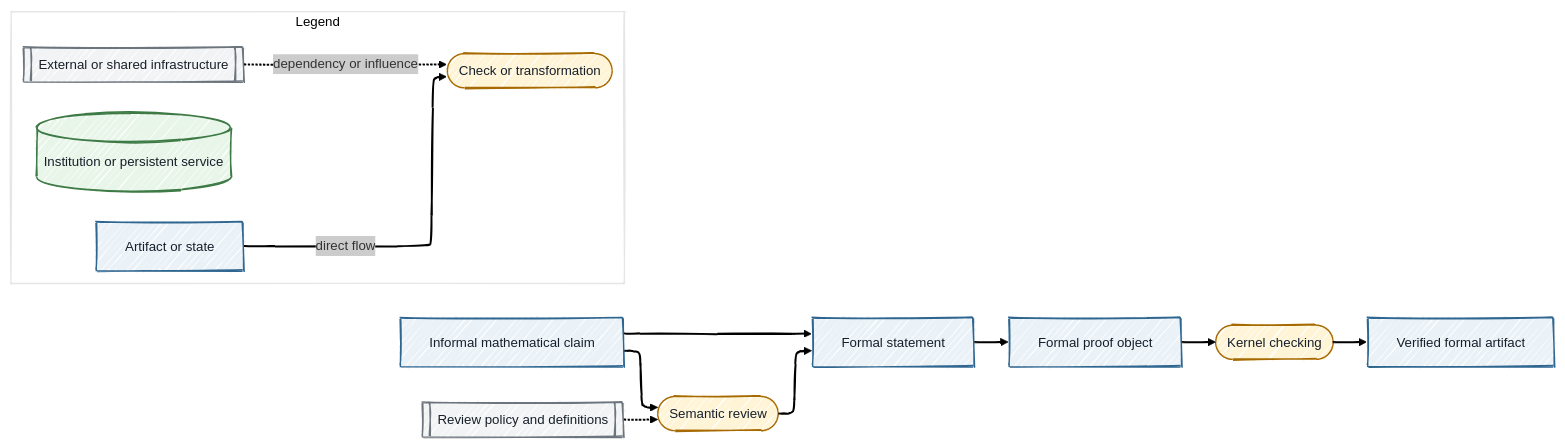
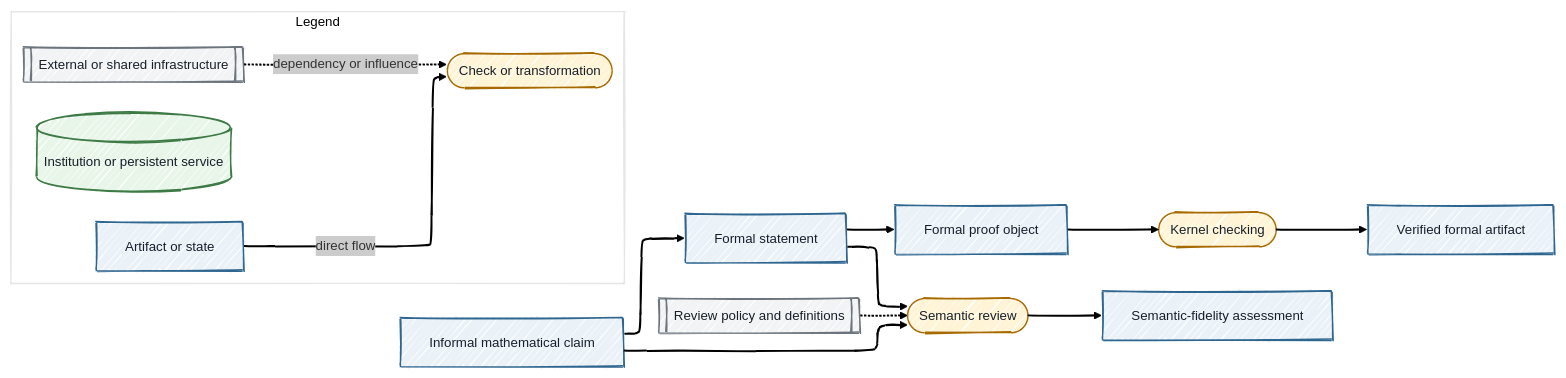
The fourth of 11 diagrams in posts/after-proof-abundance-palomar-and-the-new-infrastructure-of-mathematical-trust/index.qmd (antomon/antomon.github.io), drawn with Mermaid before and after one commit. The commit also changed other lines of this file and 54 other files, not shown here.

````diff
--- a/posts/after-proof-abundance-palomar-and-the-new-infrastructure-of-mathematical-trust/index.qmd
+++ b/posts/after-proof-abundance-palomar-and-the-new-infrastructure-of-mathematical-trust/index.qmd
@@ -238,27 +236,28 @@
 ```{mermaid}
 %%| label: fig-after-proof-abundance-palomar-and-the-new-infrastructure-of-mathematical-trust-semantic-gap
 %%| fig-cap: 'Formal derivation and semantic fidelity occupy different parts of the assurance problem.'
 %%| fig-alt: 'An informal mathematical claim is interpreted into a formal statement. A formal proof object is checked against that statement by a kernel, producing a verified formal artifact. Semantic review examines the relationship between the informal claim and the formal statement. A legend identifies artifacts, checks, institutions, external infrastructure, and arrow meanings.'
 %%| fig-align: center
 %%{init: {"theme": "neo", "look": "handDrawn", "layout": "elk"}}%%
 flowchart LR
     I[Informal mathematical claim]:::artifact --> T[Formal statement]:::artifact
     T --> P[Formal proof object]:::artifact
     P --> K([Kernel checking]):::process
     K --> V[Verified formal artifact]:::artifact
 
     I --> S([Semantic review]):::process
-    S --> T
+    T --> S
+    S --> A[Semantic-fidelity assessment]:::artifact
     POL[[Review policy and definitions]]:::external -.-> S
 
     subgraph LEG[Legend]
         LA[Artifact or state]:::artifact -->|direct flow| LP([Check or transformation]):::process
         LI[(Institution or persistent service)]:::institution
         LX[[External or shared infrastructure]]:::external -.->|dependency or influence| LP
     end
 
     classDef artifact fill:#EAF2F8,stroke:#2F6690,color:#17202A,stroke-width:1.5px
     classDef process fill:#FFF4D6,stroke:#A66A00,color:#17202A,stroke-width:1.5px
     classDef institution fill:#E8F5E9,stroke:#3D7A45,color:#17202A,stroke-width:1.5px
     classDef external fill:#F2F3F4,stroke:#6C757D,color:#17202A,stroke-width:1.5px
 ```
````
